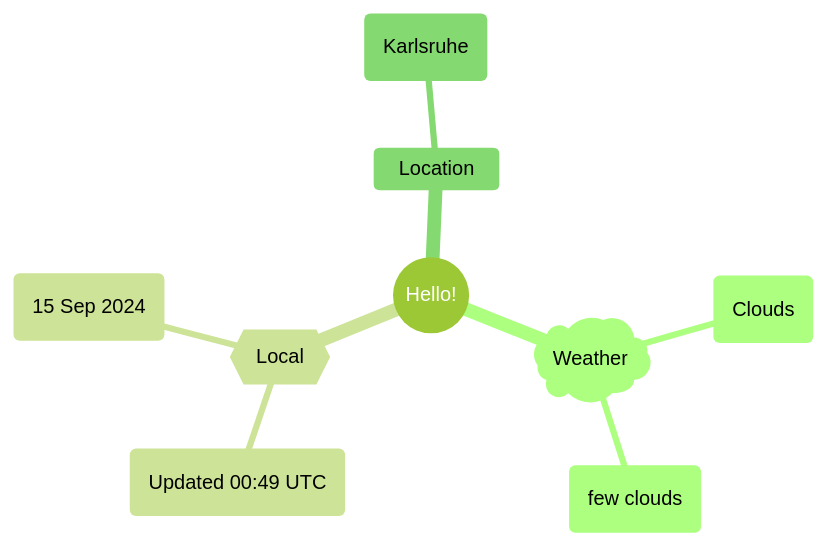
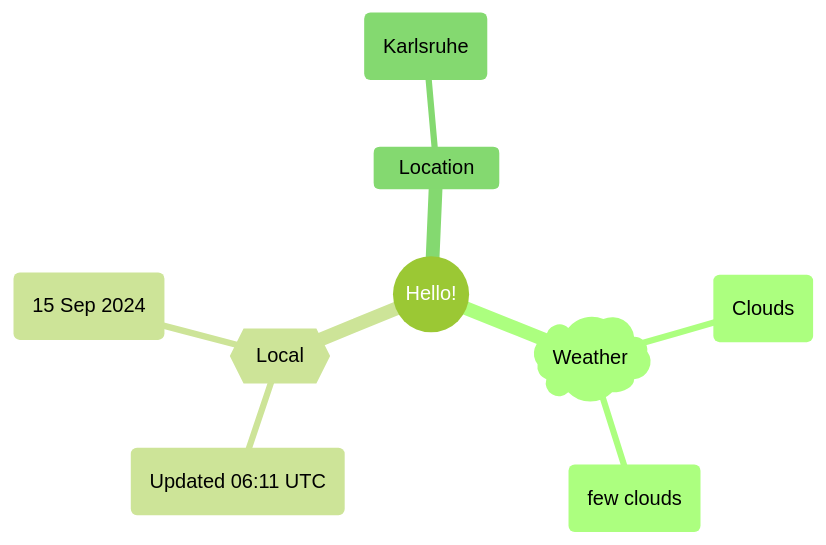
The first of 2 diagrams in README.md (Xosrov/Xosrov), drawn with Mermaid (forest theme) before and after one commit.

Commit message:
[bot] updated images

````diff
--- a/README.md
+++ b/README.md
@@ -3,12 +3,12 @@
 ```mermaid
 mindmap
   root((Hello!))
     )Weather(
         (Clouds)
         (few clouds)
     {{Local}}
-        (Updated 00:49 UTC)
+        (Updated 06:11 UTC)
         (15 Sep 2024)
     Location
         (Karlsruhe)
 ```
````
